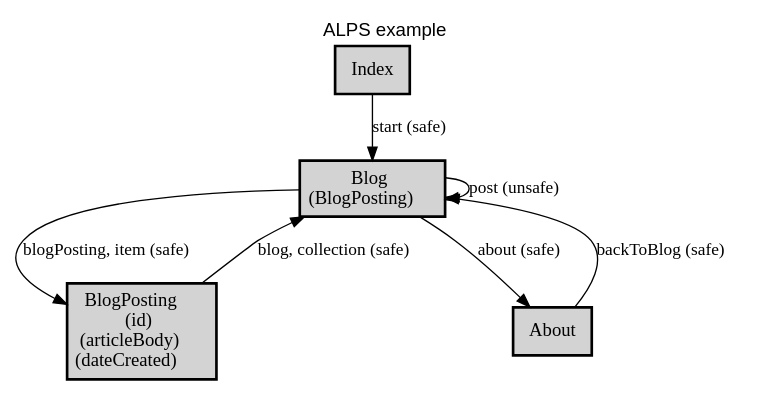
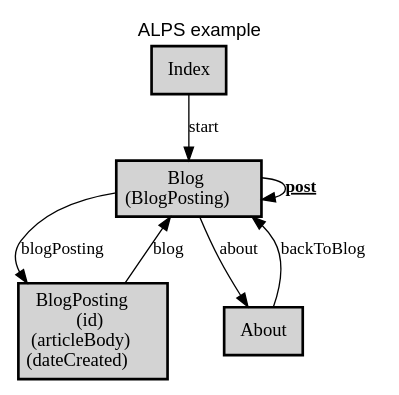
One commit to alps-asd/app-state-diagram changed the diagram in docs/filter/profile.title.dot. Above: the diagram before and after it, drawn with Graphviz. The commit also changed 52 other files, not shown here.

```diff
--- a/docs/filter/profile.title.dot
+++ b/docs/filter/profile.title.dot
@@ -1,23 +1,23 @@
 digraph application_state_diagram {
   graph [
     labelloc="t";
     fontname="Helvetica"
     label="ALPS example";
     URL="index.html" target="_parent"
   ];
   node [shape = box, style = "bold,filled" fillcolor="lightgray"];
 
     Blog [margin=0.02, label=<<table cellspacing="0" cellpadding="5" border="0"><tr><td>Blog<br />(BlogPosting)<br /></td></tr></table>>,shape=box URL="docs/semantic.Blog.html" target="_parent"]
     BlogPosting [margin=0.02, label=<<table cellspacing="0" cellpadding="5" border="0"><tr><td>BlogPosting<br />(id)<br />(articleBody)<br />(dateCreated)<br /></td></tr></table>>,shape=box URL="docs/semantic.BlogPosting.html" target="_parent"]
 
-    About -> Blog [label = <backToBlog (safe)> URL="docs/safe.backToBlog.html" target="_parent" fontsize=13];
-    Blog -> About [label = <about (safe)> URL="docs/safe.about.html" target="_parent" fontsize=13];
-    Blog -> Blog [label = <post (unsafe)> URL="docs/unsafe.post.html" target="_parent" fontsize=13];
-    Blog -> BlogPosting [label = <blogPosting, item (safe)> URL="docs/safe.blogPosting.html" target="_parent" fontsize=13];
-    BlogPosting -> Blog [label = <blog, collection (safe)> URL="docs/safe.blog.html" target="_parent" fontsize=13];
-    Index -> Blog [label = <start (safe)> URL="docs/safe.start.html" target="_parent" fontsize=13];
+    About -> Blog [label = <backToBlog> URL="docs/safe.backToBlog.html" target="_parent" fontsize=13];
+    Blog -> About [label = <about> URL="docs/safe.about.html" target="_parent" fontsize=13];
+    Blog -> Blog [label = <<b><u>post</u></b>> URL="docs/unsafe.post.html" target="_parent" fontsize=13];
+    Blog -> BlogPosting [label = <blogPosting> URL="docs/safe.blogPosting.html" target="_parent" fontsize=13];
+    BlogPosting -> Blog [label = <blog> URL="docs/safe.blog.html" target="_parent" fontsize=13];
+    Index -> Blog [label = <start> URL="docs/safe.start.html" target="_parent" fontsize=13];
 
     About [label = <About> URL="docs/semantic.About.html" target="_parent"]
     Index [label = <Index> URL="docs/semantic.Index.html" target="_parent"]
 
 }
```
